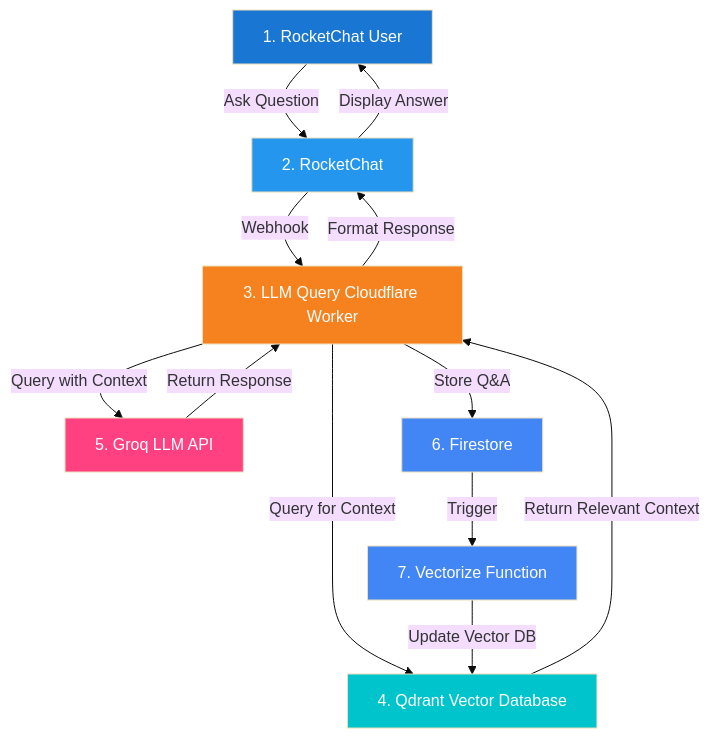
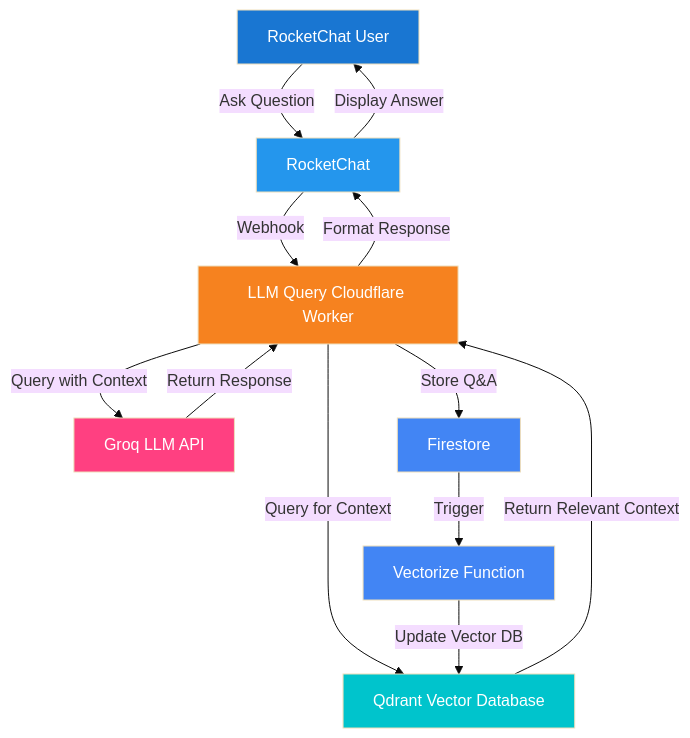
One commit to deepbrainspace/deepbrain-stack changed the seventh of 7 diagrams in documentation/infrastructure-diagrams.md. Above: the diagram before and after it, drawn with Mermaid (base theme). The commit also changed other lines of this file, not shown here.

Commit message:
feat: removed rocketChat vectorize worker

````diff
--- a/documentation/infrastructure-diagrams.md
+++ b/documentation/infrastructure-diagrams.md
@@ -315,32 +294,32 @@
 ```mermaid
 flowchart TD
-    A[1. RocketChat User] -->|Ask Question| B[2. RocketChat]
-    B -->|Webhook| C[3. LLM Query Cloudflare Worker]
+    A["RocketChat User"] -->|Ask Question| B["RocketChat"]
+    B -->|Webhook| C["LLM Query Cloudflare Worker"]
     
-    C -->|Query for Context| D[4. Qdrant Vector Database]
+    C -->|Query for Context| D["Qdrant Vector Database"]
     D -->|Return Relevant Context| C
     
-    C -->|Query with Context| E[5. Groq LLM API]
+    C -->|Query with Context| E["Groq LLM API"]
     E -->|Return Response| C
     
     C -->|Format Response| B
     B -->|Display Answer| A
     
-    C -->|Store Q&A| F[6. Firestore]
-    F -->|Trigger| G[7. Vectorize Function]
+    C -->|Store Q&A| F["Firestore"]
+    F -->|Trigger| G["Vectorize Function"]
     G -->|Update Vector DB| D
     
     classDef user fill:#1976D2,color:white;
     classDef app fill:#2496ED,color:white;
     classDef cloudflare fill:#F6821F,color:white;
     classDef qdrant fill:#00C4CC,color:white;
     classDef groq fill:#FF4081,color:white;
     classDef gcp fill:#4285F4,color:white;
     
     class A user;
     class B app;
     class C cloudflare;
     class D qdrant;
     class E groq;
     class F,G gcp;
 ```
````
